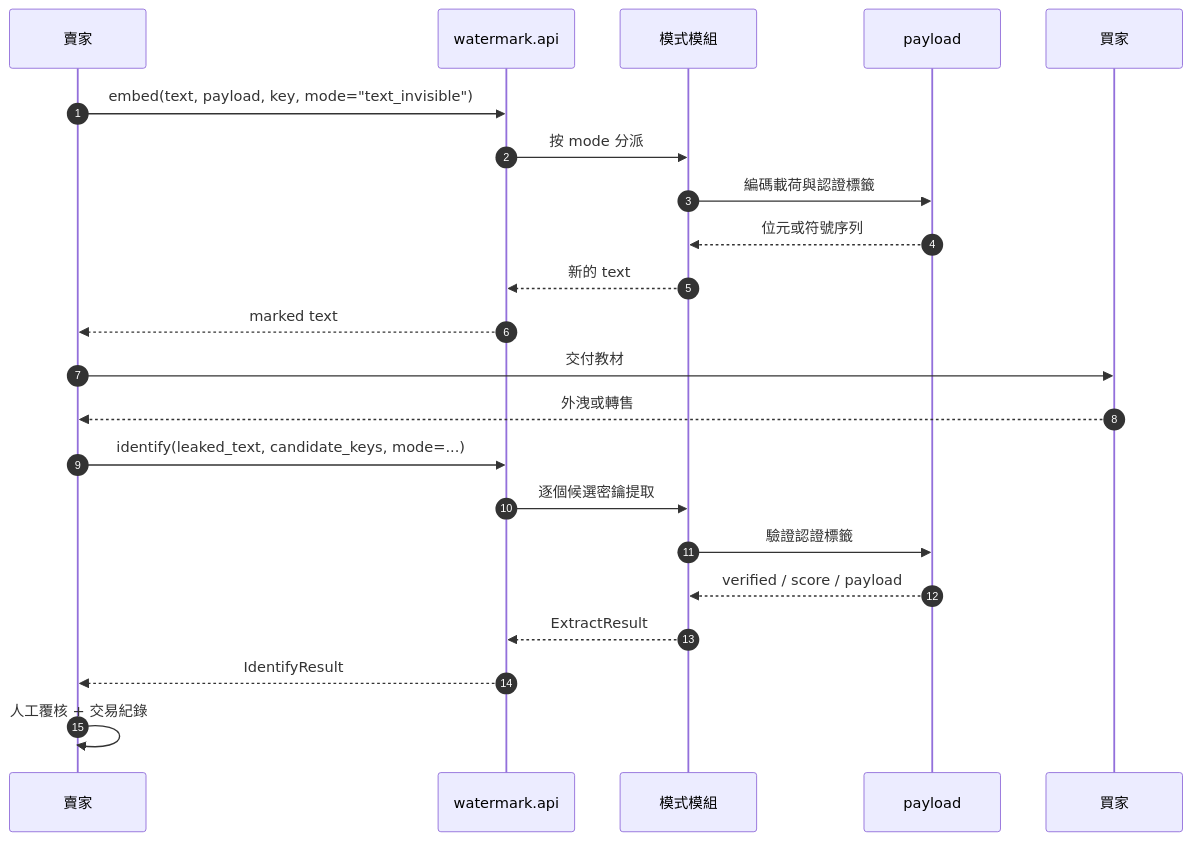
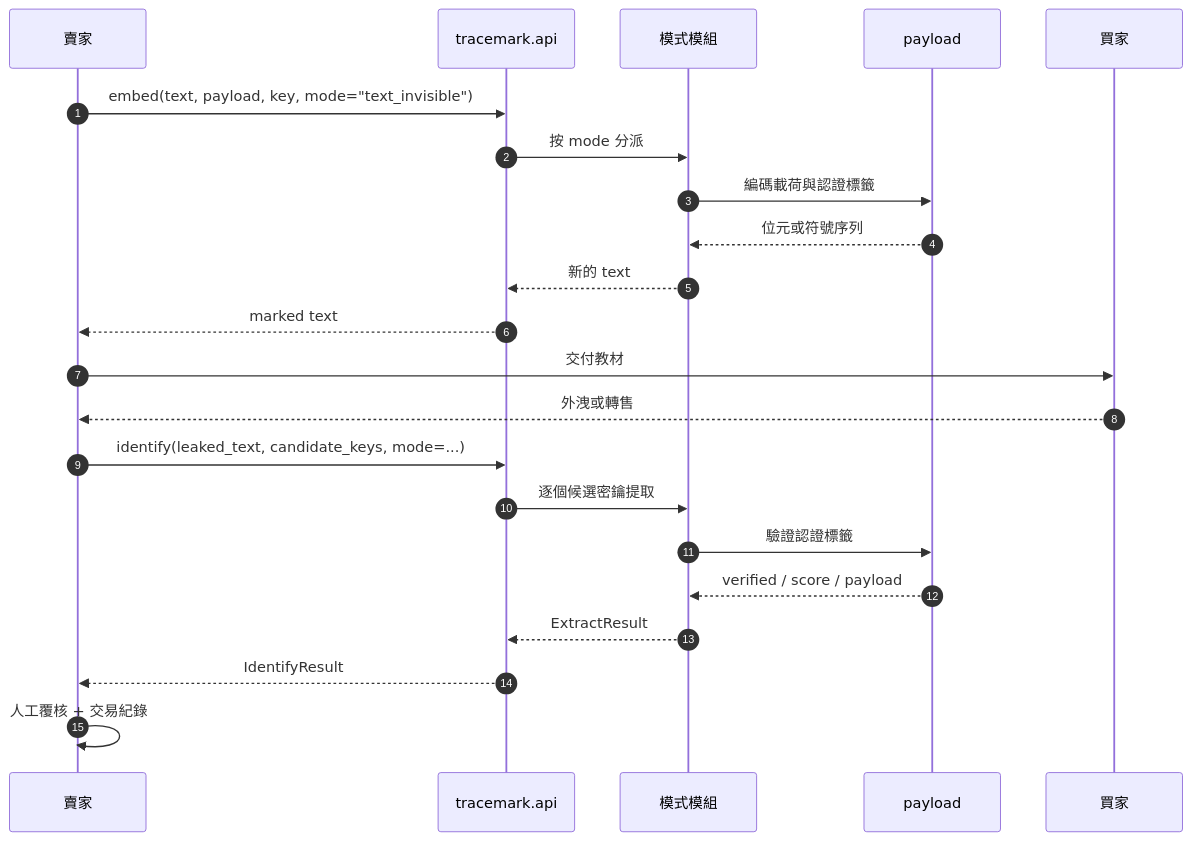
Before and after one commit to barebone-lab/tracemark: the second of 2 diagrams in docs/02-architecture-and-api.md, drawn with Mermaid. The commit also changed other lines of this file and 27 other files, not shown here.

````diff
--- a/docs/02-architecture-and-api.md
+++ b/docs/02-architecture-and-api.md
@@ -37,24 +37,24 @@
 ```mermaid
 sequenceDiagram
     autonumber
     participant S as 賣家
-    participant API as watermark.api
+    participant API as tracemark.api
     participant M as 模式模組
     participant P as payload
     participant B as 買家
     S->>API: embed(text, payload, key, mode="text_invisible")
     API->>M: 按 mode 分派
     M->>P: 編碼載荷與認證標籤
     P-->>M: 位元或符號序列
     M-->>API: 新的 text
     API-->>S: marked text
     S->>B: 交付教材
     B-->>S: 外洩或轉售
     S->>API: identify(leaked_text, candidate_keys, mode=...)
     API->>M: 逐個候選密鑰提取
     M->>P: 驗證認證標籤
     P-->>M: verified / score / payload
     M-->>API: ExtractResult
     API-->>S: IdentifyResult
     S->>S: 人工覆核 + 交易紀錄
 ```
````
